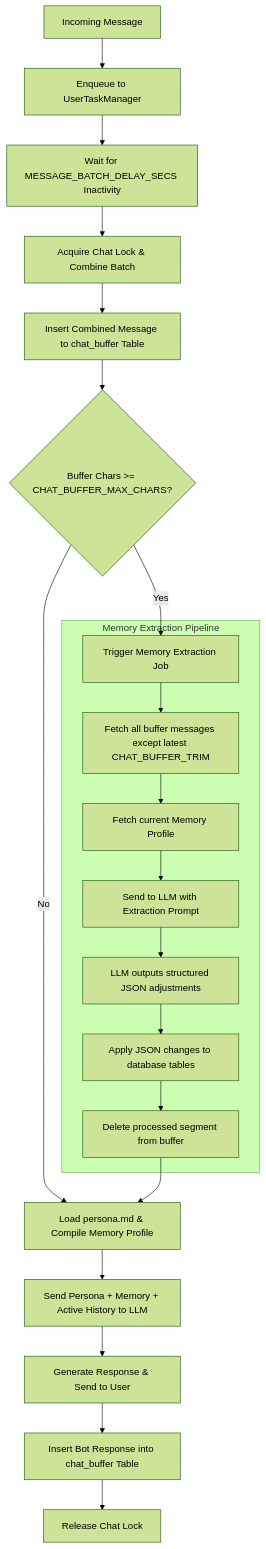
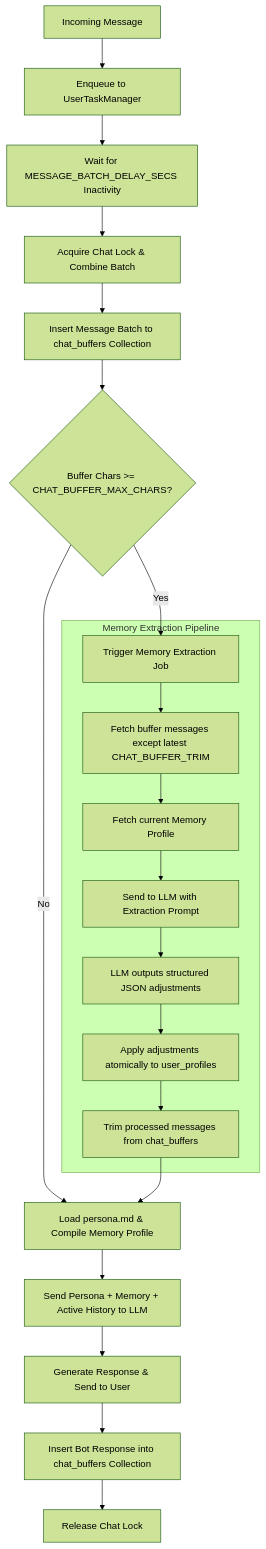
One commit to TechShreyash/ThinkMate changed the first of 2 diagrams in docs/architecture.md. Above: the diagram before and after it, drawn with Mermaid (forest theme). The commit also changed other lines of this file and 33 other files, not shown here.

````diff
--- a/docs/architecture.md
+++ b/docs/architecture.md
@@ -48,25 +49,25 @@
 ```mermaid
 graph TD
     A[Incoming Message] --> B[Enqueue to UserTaskManager]
     B --> C[Wait for MESSAGE_BATCH_DELAY_SECS Inactivity]
     C --> D[Acquire Chat Lock & Combine Batch]
-    D --> E[Insert Combined Message to chat_buffer Table]
+    D --> E[Insert Message Batch to chat_buffers Collection]
     E --> F{Buffer Chars >= CHAT_BUFFER_MAX_CHARS?}
     F -->|No| G[Load persona.md & Compile Memory Profile]
     F -->|Yes| H[Trigger Memory Extraction Job]
     
     subgraph Memory Extraction Pipeline
-        H --> H1[Fetch all buffer messages except latest CHAT_BUFFER_TRIM]
+        H --> H1[Fetch buffer messages except latest CHAT_BUFFER_TRIM]
         H1 --> H2[Fetch current Memory Profile]
         H2 --> H3[Send to LLM with Extraction Prompt]
         H3 --> H4[LLM outputs structured JSON adjustments]
-        H4 --> H5[Apply JSON changes to database tables]
-        H5 --> H6[Delete processed segment from buffer]
+        H4 --> H5[Apply adjustments atomically to user_profiles]
+        H5 --> H6[Trim processed messages from chat_buffers]
     end
     
     H6 --> G
     G --> I[Send Persona + Memory + Active History to LLM]
     I --> J[Generate Response & Send to User]
-    J --> K[Insert Bot Response into chat_buffer Table]
+    J --> K[Insert Bot Response into chat_buffers Collection]
     K --> L[Release Chat Lock]
 ```
````
